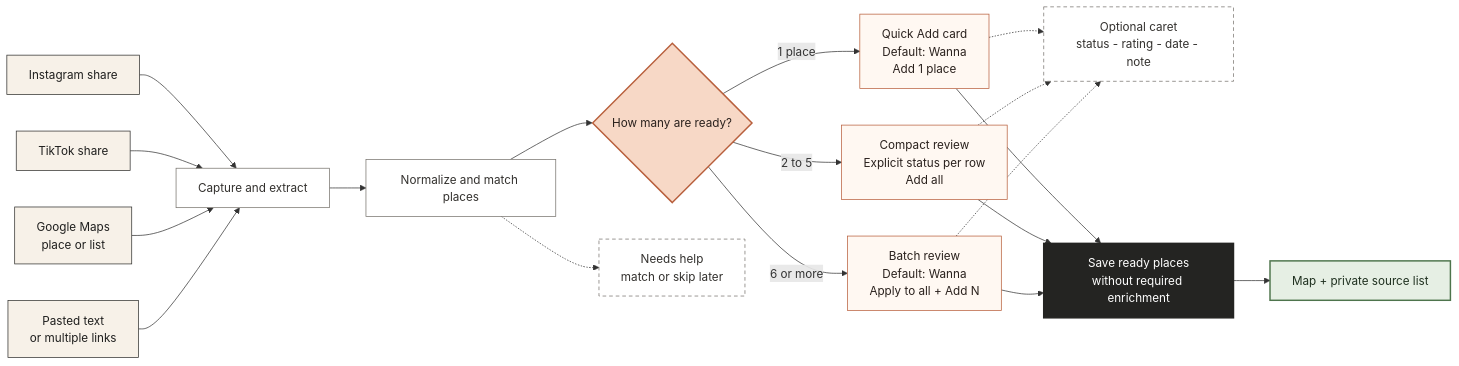
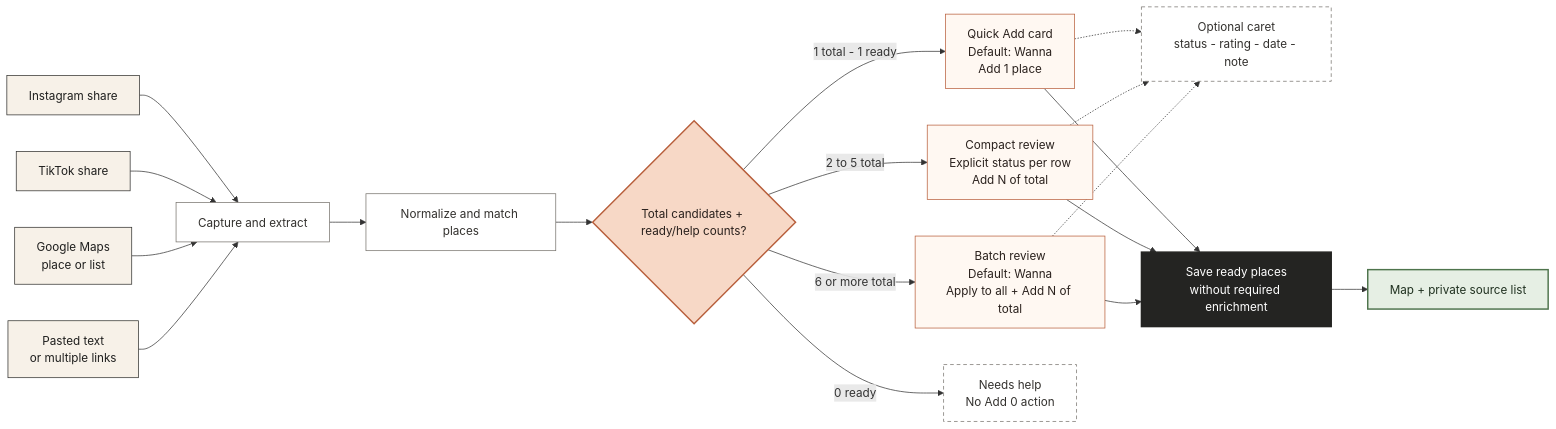
One commit to joelipshutz/wander changed the diagram in diagrams/rec-212-adaptive-import-routing.mmd. Above: the diagram before and after it, drawn with Mermaid. The commit also changed 1 other file, not shown here.

```diff
--- a/diagrams/rec-212-adaptive-import-routing.mmd
+++ b/diagrams/rec-212-adaptive-import-routing.mmd
@@ -1,39 +1,38 @@
 graph LR
   IG["Instagram share"] --> CAPTURE
   TT["TikTok share"] --> CAPTURE
   GM["Google Maps<br/>place or list"] --> CAPTURE
   TEXT["Pasted text<br/>or multiple links"] --> CAPTURE
 
   CAPTURE["Capture and extract"] --> MATCH["Normalize and match places"]
-  MATCH --> COUNT{"How many are ready?"}
+  MATCH --> COUNT{"Total candidates + ready/help counts?"}
 
-  COUNT -->|"1 place"| QUICK["Quick Add card<br/>Default: Wanna<br/>Add 1 place"]
-  COUNT -->|"2 to 5"| COMPACT["Compact review<br/>Explicit status per row<br/>Add all"]
-  COUNT -->|"6 or more"| BATCH["Batch review<br/>Default: Wanna<br/>Apply to all + Add N"]
+  COUNT -->|"1 total - 1 ready"| QUICK["Quick Add card<br/>Default: Wanna<br/>Add 1 place"]
+  COUNT -->|"2 to 5 total"| COMPACT["Compact review<br/>Explicit status per row<br/>Add N of total"]
+  COUNT -->|"6 or more total"| BATCH["Batch review<br/>Default: Wanna<br/>Apply to all + Add N of total"]
+  COUNT -->|"0 ready"| HELP["Needs help<br/>No Add 0 action"]
 
   QUICK -.-> DETAIL["Optional caret<br/>status - rating - date - note"]
   COMPACT -.-> DETAIL
   BATCH -.-> DETAIL
 
   QUICK --> SAVE["Save ready places<br/>without required enrichment"]
   COMPACT --> SAVE
   BATCH --> SAVE
   SAVE --> DEST["Map + private source list"]
-
-  MATCH -.-> HELP["Needs help<br/>match or skip later"]
 
   classDef source fill:#F7F1E8,stroke:#30302E,color:#1F1F1E,stroke-width:1px;
   classDef system fill:#FFFFFF,stroke:#77736D,color:#33312E,stroke-width:1px;
   classDef choice fill:#F7D8C6,stroke:#B85F3C,color:#2A211D,stroke-width:2px;
   classDef surface fill:#FFF8F2,stroke:#B85F3C,color:#2A211D,stroke-width:1px;
   classDef action fill:#242422,stroke:#242422,color:#FFFFFF,stroke-width:2px;
   classDef optional fill:#FFFFFF,stroke:#77736D,color:#33312E,stroke-width:1px,stroke-dasharray:5 4;
   classDef success fill:#E6EFE4,stroke:#4E744C,color:#203120,stroke-width:2px;
 
   class IG,TT,GM,TEXT source;
   class CAPTURE,MATCH system;
   class COUNT choice;
   class QUICK,COMPACT,BATCH surface;
   class DETAIL,HELP optional;
   class SAVE action;
   class DEST success;
```
